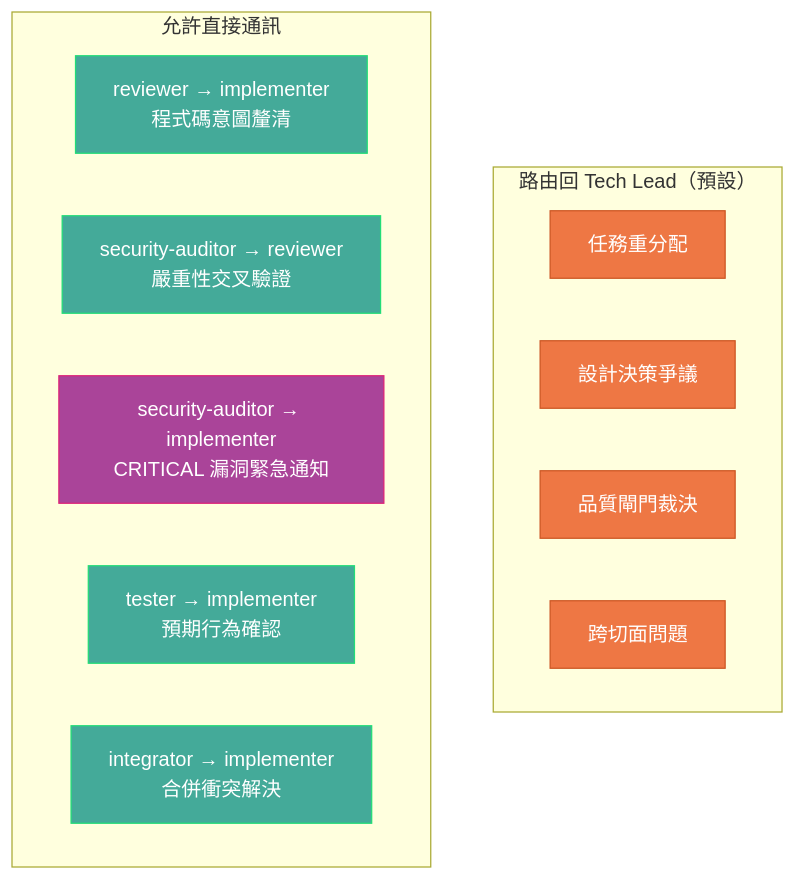
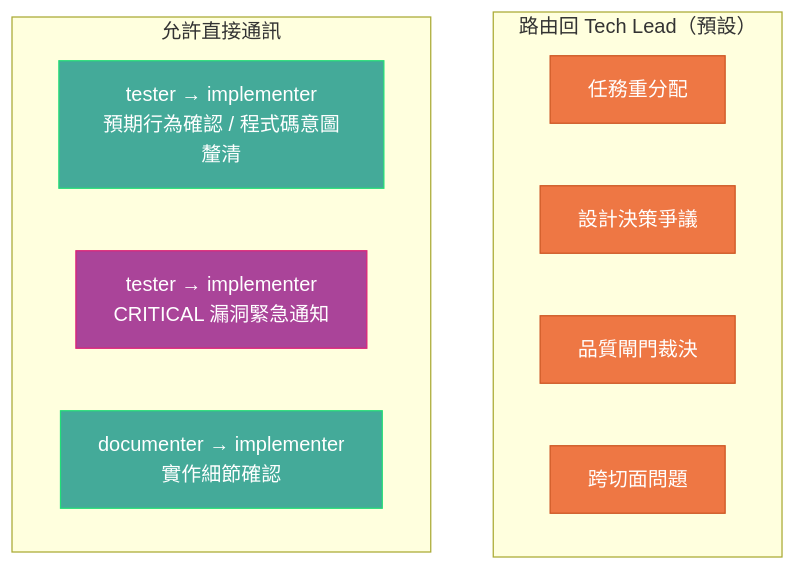
Before and after one commit to Muheng1992/symbiotic-engineering: the tenth of 18 diagrams in docs/AGENT-ARMY-DESIGN.md, drawn with Mermaid. The commit also changed other lines of this file and 46 other files, not shown here.

````diff
--- a/docs/AGENT-ARMY-DESIGN.md
+++ b/docs/AGENT-ARMY-DESIGN.md
@@ -642,27 +561,23 @@
 ```mermaid
 graph TD
     subgraph "路由回 Tech Lead（預設）"
         TL1[任務重分配]
         TL2[設計決策爭議]
         TL3[品質閘門裁決]
         TL4[跨切面問題]
     end
 
     subgraph "允許直接通訊"
-        DC1["reviewer → implementer<br/>程式碼意圖釐清"]
-        DC2["security-auditor → reviewer<br/>嚴重性交叉驗證"]
-        DC3["security-auditor → implementer<br/>CRITICAL 漏洞緊急通知"]
-        DC4["tester → implementer<br/>預期行為確認"]
-        DC5["integrator → implementer<br/>合併衝突解決"]
+        DC1["tester → implementer<br/>預期行為確認 / 程式碼意圖釐清"]
+        DC2["tester → implementer<br/>CRITICAL 漏洞緊急通知"]
+        DC3["documenter → implementer<br/>實作細節確認"]
     end
 
     style TL1 fill:#e74,stroke:#c52,color:#fff
     style TL2 fill:#e74,stroke:#c52,color:#fff
     style TL3 fill:#e74,stroke:#c52,color:#fff
     style TL4 fill:#e74,stroke:#c52,color:#fff
     style DC1 fill:#4a9,stroke:#2d7,color:#fff
-    style DC2 fill:#4a9,stroke:#2d7,color:#fff
-    style DC3 fill:#a49,stroke:#d27,color:#fff
-    style DC4 fill:#4a9,stroke:#2d7,color:#fff
-    style DC5 fill:#4a9,stroke:#2d7,color:#fff
+    style DC2 fill:#a49,stroke:#d27,color:#fff
+    style DC3 fill:#4a9,stroke:#2d7,color:#fff
 ```
````
